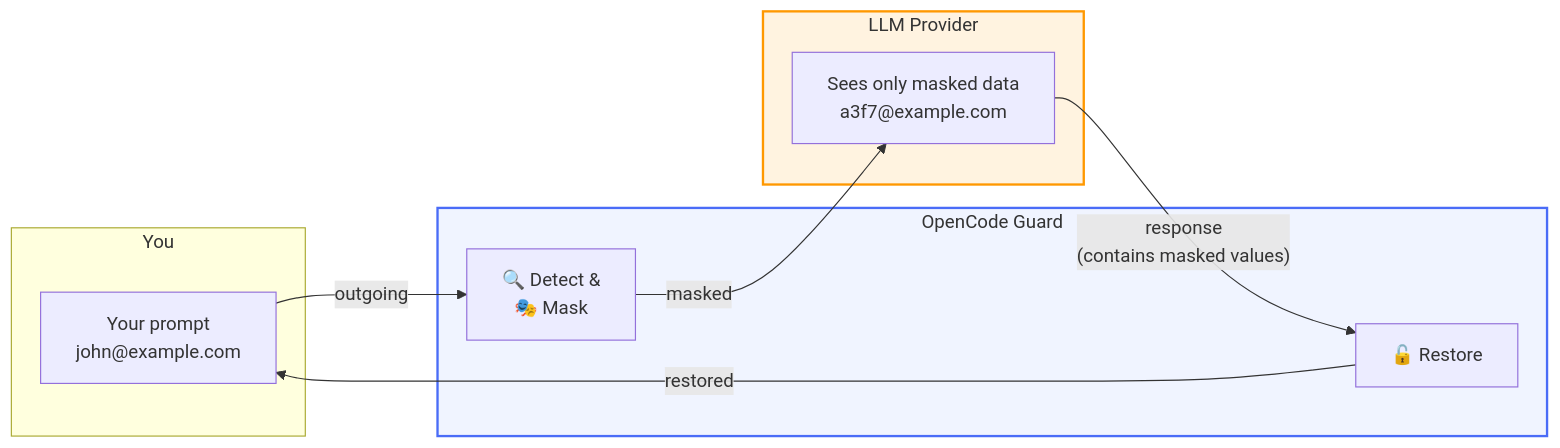
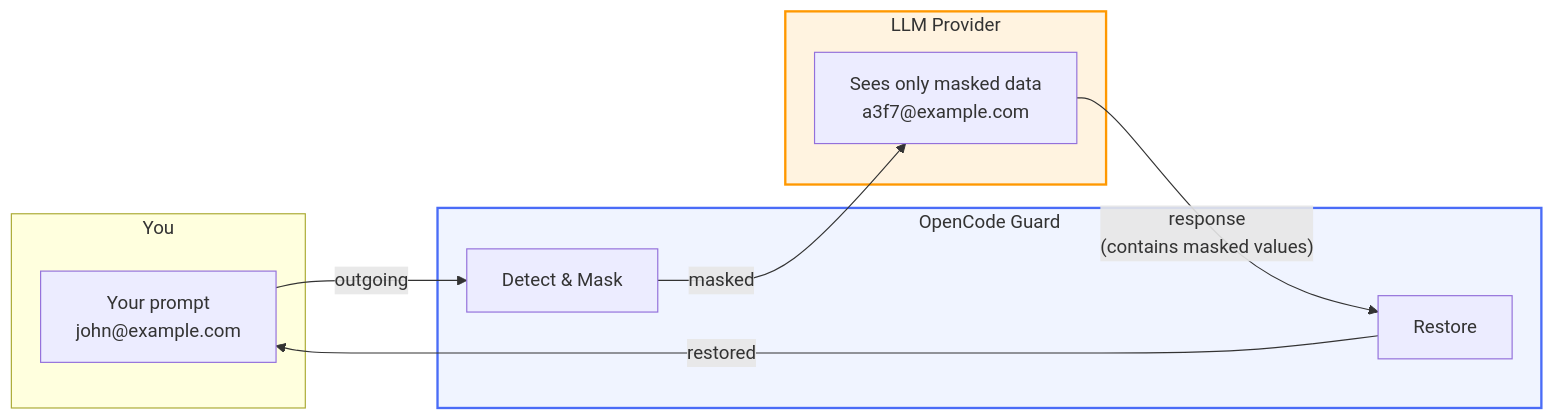
One commit to SteamedFish/opencode-guard changed the diagram in README.md. Above: the diagram before and after it, drawn with Mermaid. The commit also changed 1 other file, not shown here.

Commit message:
fix: use html br tags in Mermaid nodes to avoid unsupported markdown errors

````diff
--- a/README.md
+++ b/README.md
@@ -94,23 +94,23 @@
 ```mermaid
 flowchart LR
     subgraph You
-        A["Your prompt\njohn@example.com"]
+        A["Your prompt<br/>john@example.com"]
     end
 
     subgraph OG["OpenCode Guard"]
-        B["🔍 Detect &\n🎭 Mask"]
-        E["🔓 Restore"]
+        B["Detect & Mask"]
+        E["Restore"]
     end
 
     subgraph LLM["LLM Provider"]
-        C["Sees only masked data\na3f7@example.com"]
+        C["Sees only masked data<br/>a3f7@example.com"]
     end
 
     A -- "outgoing" --> B
     B -- "masked" --> C
-    C -- "response\n(contains masked values)" --> E
+    C -- "response<br/>(contains masked values)" --> E
     E -- "restored" --> A
 
     style OG fill:#f0f4ff,stroke:#4a6cf7,stroke-width:2px
     style LLM fill:#fff3e0,stroke:#ff9800,stroke-width:2px
 ```
````
